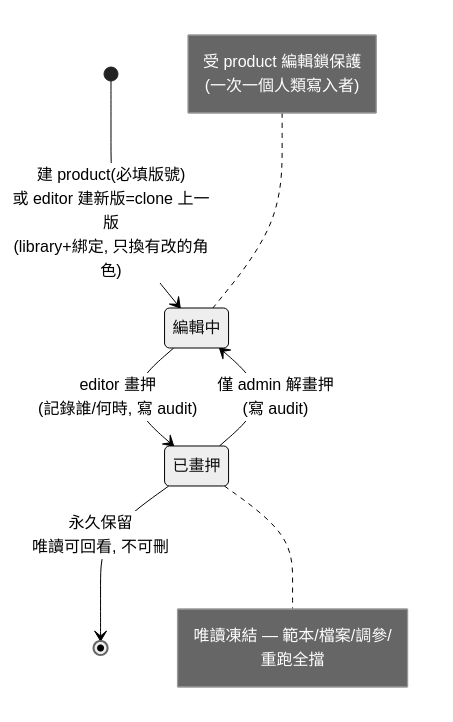
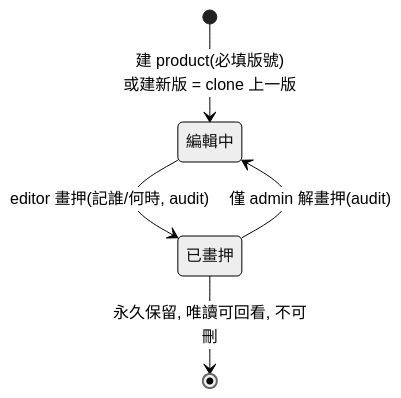
One commit to yiting-tom/SMDR2 changed the fourth of 4 diagrams in docs/system-design.md. Above: the diagram before and after it, drawn with Mermaid (neutral theme). The commit also changed other lines of this file, not shown here.

````diff
--- a/docs/system-design.md
+++ b/docs/system-design.md
@@ -119,9 +267,7 @@
 ```mermaid
 stateDiagram-v2
-    [*] --> 編輯中 : 建 product(必填版號)<br/>或 editor 建新版=clone 上一版<br/>(library+綁定, 只換有改的角色)
-    編輯中 --> 已畫押 : editor 畫押<br/>(記錄誰/何時, 寫 audit)
-    已畫押 --> 編輯中 : 僅 admin 解畫押<br/>(寫 audit)
-    已畫押 --> [*] : 永久保留<br/>唯讀可回看, 不可刪
-    note right of 已畫押 : 唯讀凍結 — 範本/檔案/調參/重跑全擋
-    note left of 編輯中 : 受 product 編輯鎖保護<br/>(一次一個人類寫入者)
+    [*] --> 編輯中 : 建 product(必填版號)<br/>或建新版 = clone 上一版
+    編輯中 --> 已畫押 : editor 畫押(記誰/何時, audit)
+    已畫押 --> 編輯中 : 僅 admin 解畫押(audit)
+    已畫押 --> [*] : 永久保留, 唯讀可回看, 不可刪
 ```
````
